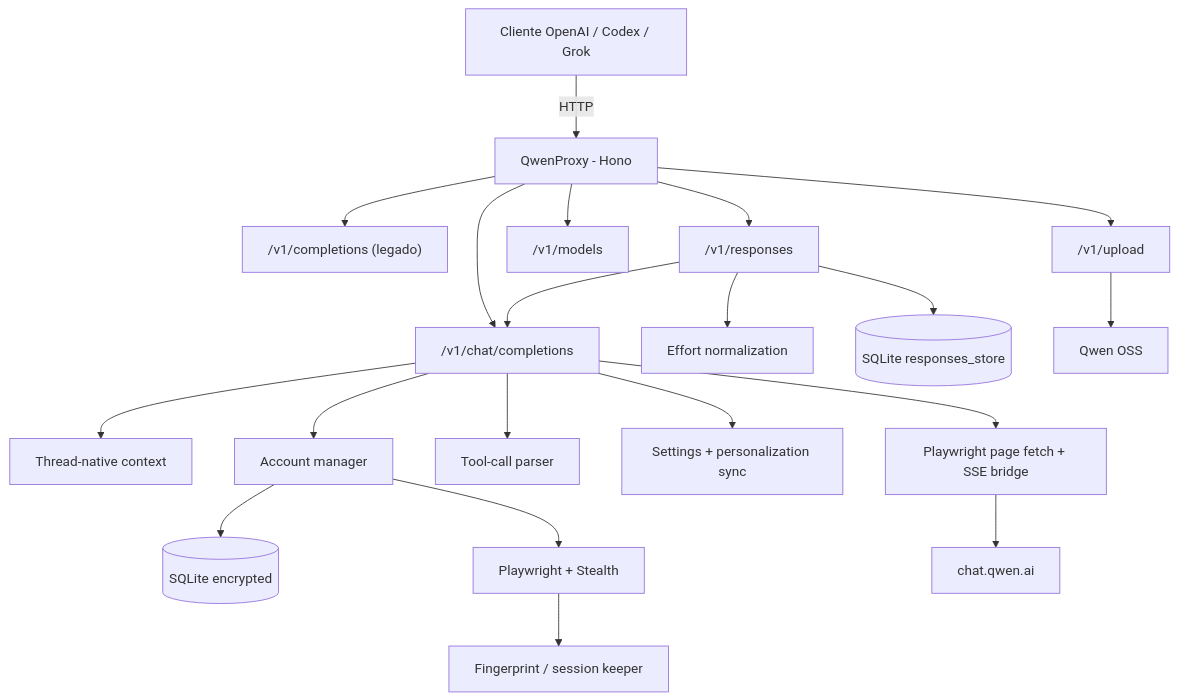
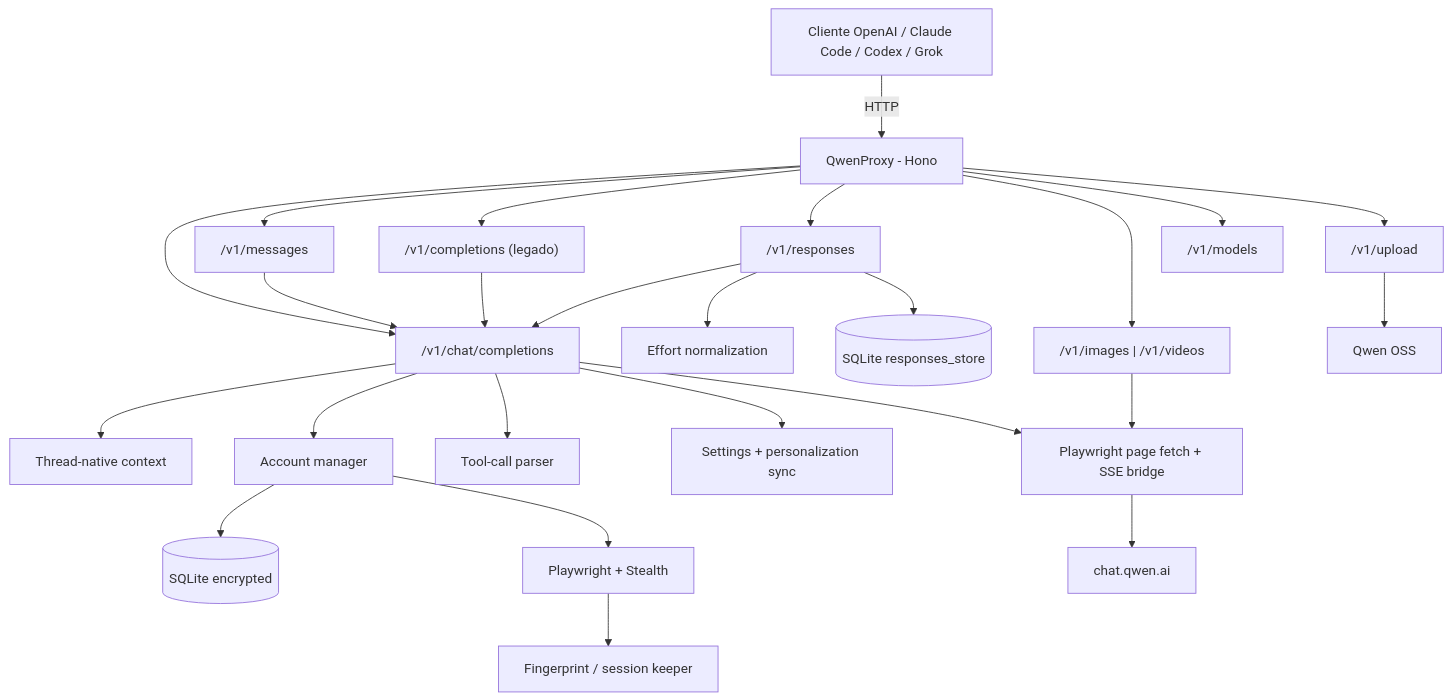
One commit to johngbl/QwenBridge changed the diagram in README.md. Above: the diagram before and after it, drawn with Mermaid. The commit also changed other lines of this file and 3 other files, not shown here.

````diff
--- a/README.md
+++ b/README.md
@@ -39,22 +43,27 @@
 ```mermaid
 flowchart TD
-    Client["Cliente OpenAI / Codex / Grok"] -->|HTTP| Proxy["QwenProxy - Hono"]
+    Client["Cliente OpenAI / Claude Code / Codex / Grok"] -->|HTTP| Proxy["QwenProxy - Hono"]
     Proxy --> Chat["/v1/chat/completions"]
+    Proxy --> Anthropic["/v1/messages"]
     Proxy --> Completions["/v1/completions (legado)"]
     Proxy --> Responses["/v1/responses"]
+    Proxy --> Media["/v1/images | /v1/videos"]
     Proxy --> Models["/v1/models"]
     Proxy --> Upload["/v1/upload"]
-    Chat --> Context["Thread-native context"]
+    Anthropic --> Chat
+    Completions --> Chat
     Responses --> Chat
     Responses --> Effort["Effort normalization"]
     Responses --> State[("SQLite responses_store")]
+    Chat --> Context["Thread-native context"]
     Chat --> Accounts["Account manager"]
     Accounts --> DB[("SQLite encrypted")]
     Accounts --> Playwright["Playwright + Stealth"]
     Playwright --> Fingerprint["Fingerprint / session keeper"]
     Chat --> Parser["Tool-call parser"]
     Chat --> Personalization["Settings + personalization sync"]
     Chat --> BrowserTransport["Playwright page fetch + SSE bridge"]
     BrowserTransport --> Qwen["chat.qwen.ai"]
+    Media --> BrowserTransport
     Upload --> OSS["Qwen OSS"]
 ```
````
